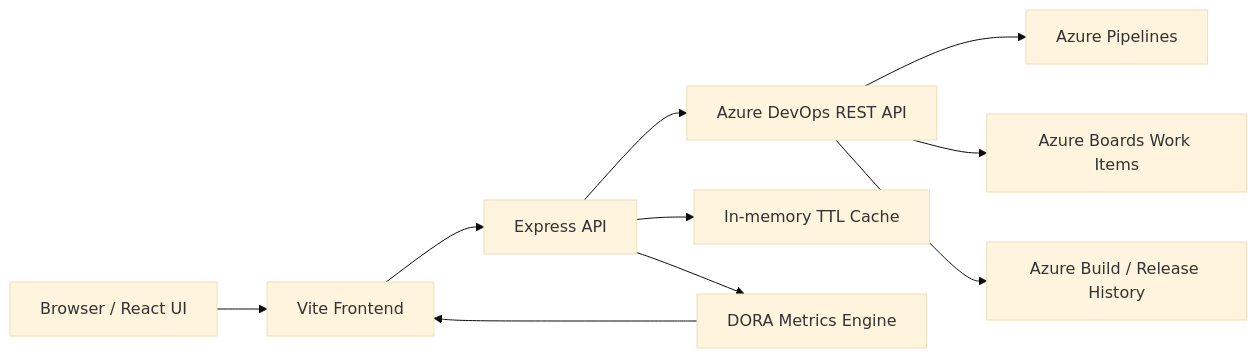
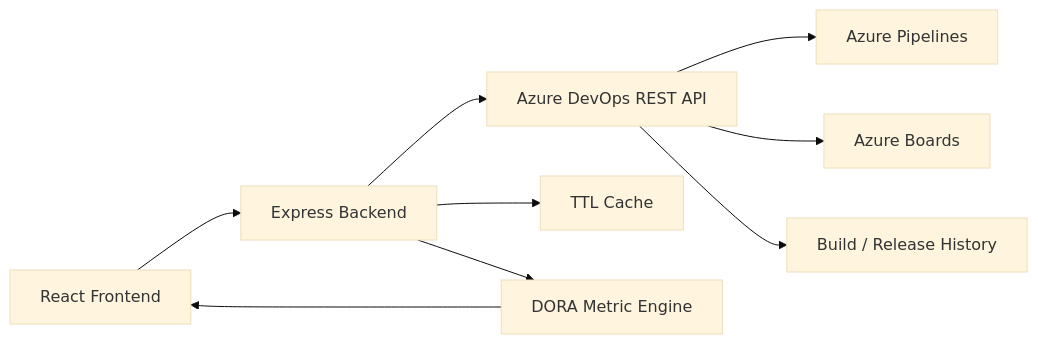
One commit to Rudra-Narayan-Pandey/DORA-Dashboard changed the first of 2 diagrams in README.md. Above: the diagram before and after it, drawn with Mermaid (base theme). The commit also changed other lines of this file, not shown here.

````diff
--- a/README.md
+++ b/README.md
@@ -16,12 +27,11 @@
 ```mermaid
 flowchart LR
-  A[Browser / React UI] --> B[Vite Frontend]
-  B --> C[Express API]
-  C --> D[Azure DevOps REST API]
-  C --> E[In-memory TTL Cache]
-  D --> F[Azure Pipelines]
-  D --> G[Azure Boards Work Items]
-  D --> H[Azure Build / Release History]
-  C --> I[DORA Metrics Engine]
-  I --> B
+  UI[React Frontend] --> API[Express Backend]
+  API --> ADO[Azure DevOps REST API]
+  API --> CACHE[TTL Cache]
+  ADO --> P[Azure Pipelines]
+  ADO --> B[Azure Boards]
+  ADO --> R[Build / Release History]
+  API --> METRICS[DORA Metric Engine]
+  METRICS --> UI
 ```
````
